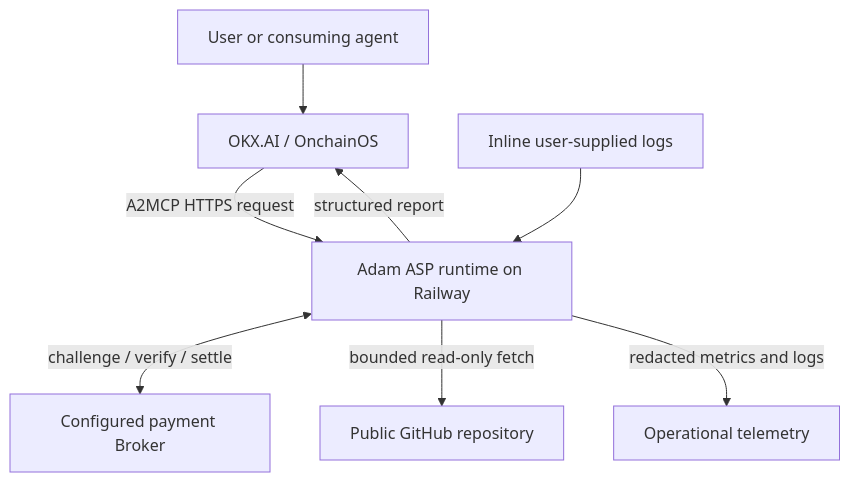
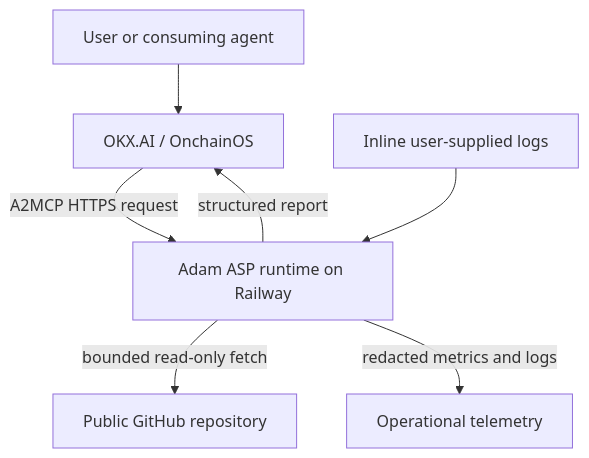
The first of 3 diagrams in ARCHITECTURE.md (onchaindc/Adam), drawn with Mermaid before and after one commit. The commit also changed other lines of this file and 17 other files, not shown here.

````diff
--- a/ARCHITECTURE.md
+++ b/ARCHITECTURE.md
@@ -157,18 +150,16 @@
 ```mermaid
 flowchart TB
     User["User or consuming agent"]
     OKX["OKX.AI / OnchainOS"]
-    Broker["Configured payment Broker"]
     Adam["Adam ASP runtime on Railway"]
     GitHub["Public GitHub repository"]
     Logs["Inline user-supplied logs"]
     Telemetry["Operational telemetry"]
 
     User --> OKX
     OKX -->|"A2MCP HTTPS request"| Adam
-    Adam <-->|"challenge / verify / settle"| Broker
     Adam -->|"bounded read-only fetch"| GitHub
     Logs --> Adam
     Adam -->|"structured report"| OKX
     Adam -->|"redacted metrics and logs"| Telemetry
 ```
````
